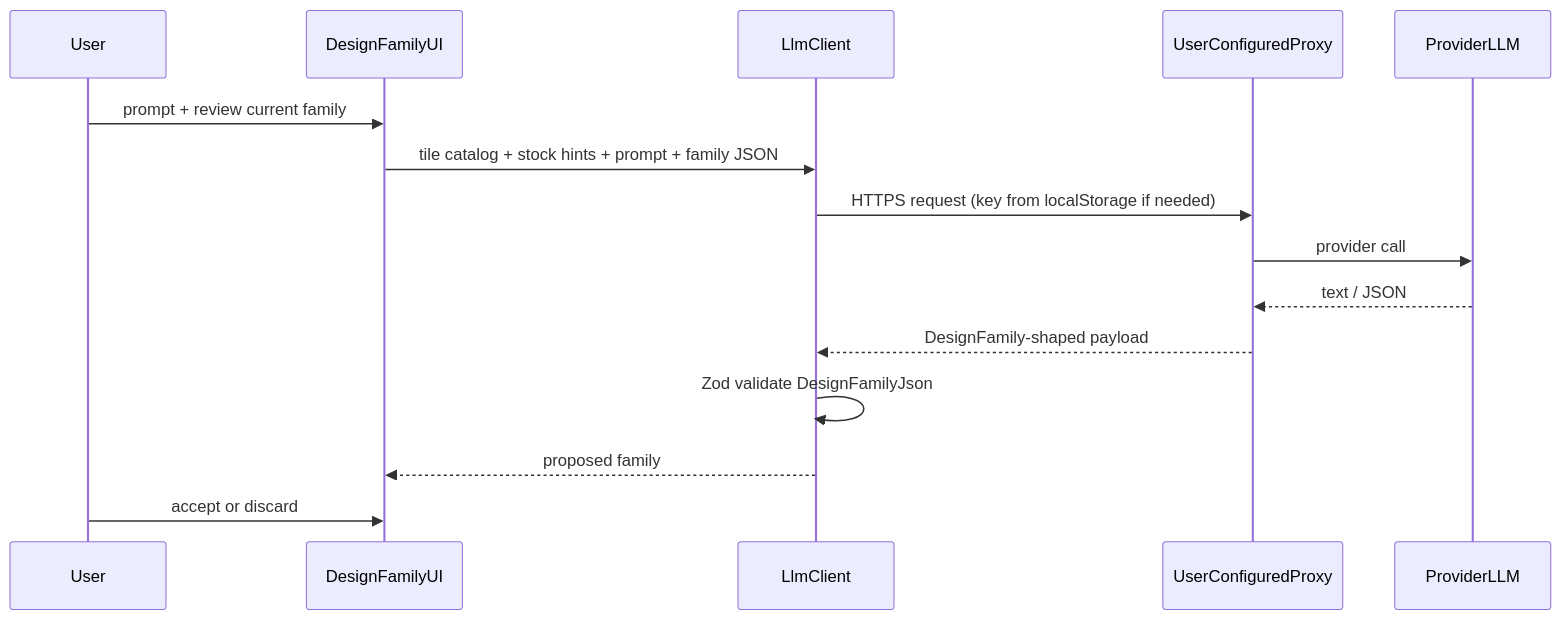
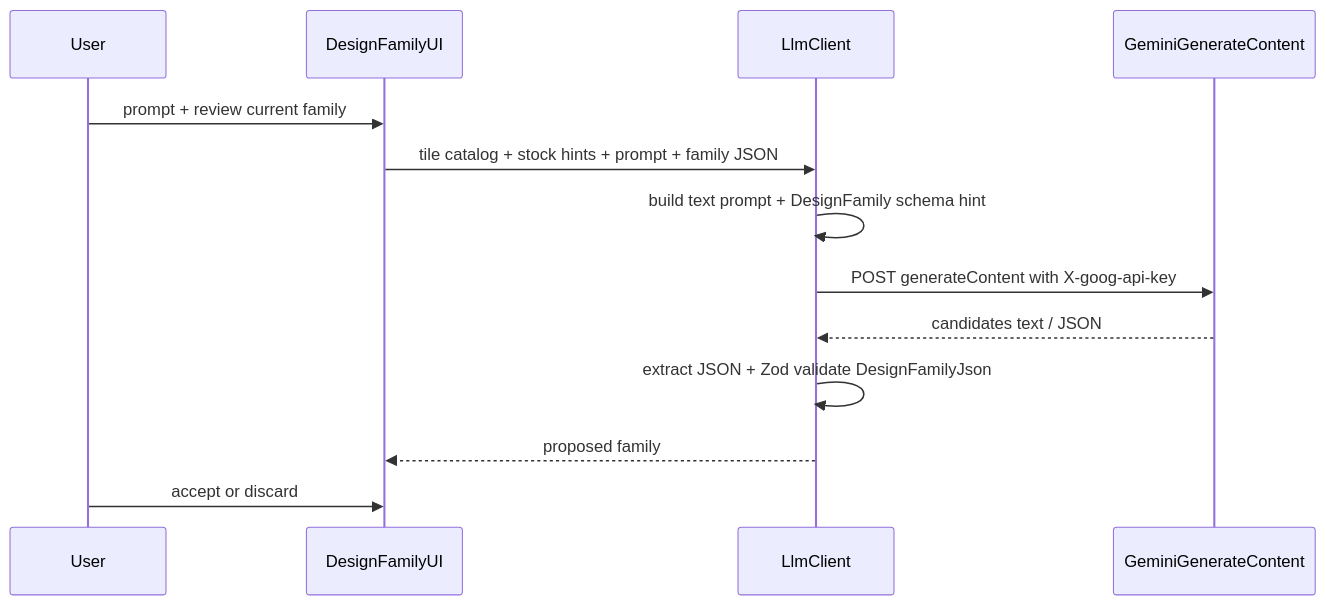
The second of 2 diagrams in architecture.md (repurposed-ch/vibed-reused-tiled), drawn with Mermaid before and after one commit. The commit also changed other lines of this file and 19 other files, not shown here.

````diff
--- a/architecture.md
+++ b/architecture.md
@@ -375,18 +375,16 @@
 ```mermaid
 sequenceDiagram
   participant User
   participant UI as DesignFamilyUI
   participant Client as LlmClient
-  participant Proxy as UserConfiguredProxy
-  participant Model as ProviderLLM
+  participant Gemini as GeminiGenerateContent
 
   User->>UI: prompt + review current family
   UI->>Client: tile catalog + stock hints + prompt + family JSON
-  Client->>Proxy: HTTPS request (key from localStorage if needed)
-  Proxy->>Model: provider call
-  Model-->>Proxy: text / JSON
-  Proxy-->>Client: DesignFamily-shaped payload
-  Client->>Client: Zod validate DesignFamilyJson
+  Client->>Client: build text prompt + DesignFamily schema hint
+  Client->>Gemini: POST generateContent with X-goog-api-key
+  Gemini-->>Client: candidates text / JSON
+  Client->>Client: extract JSON + Zod validate DesignFamilyJson
   Client-->>UI: proposed family
   User->>UI: accept or discard
 ```
````
